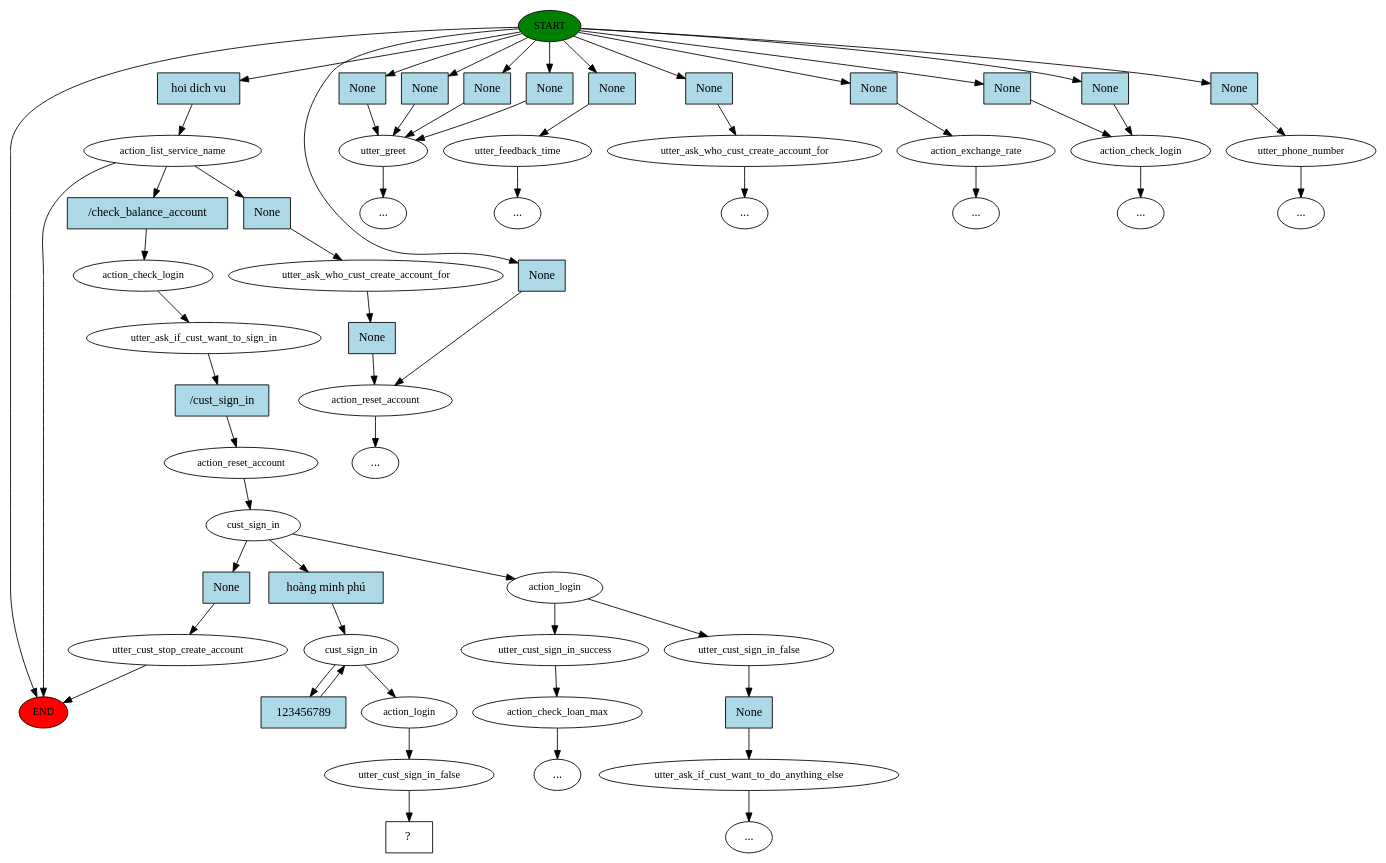
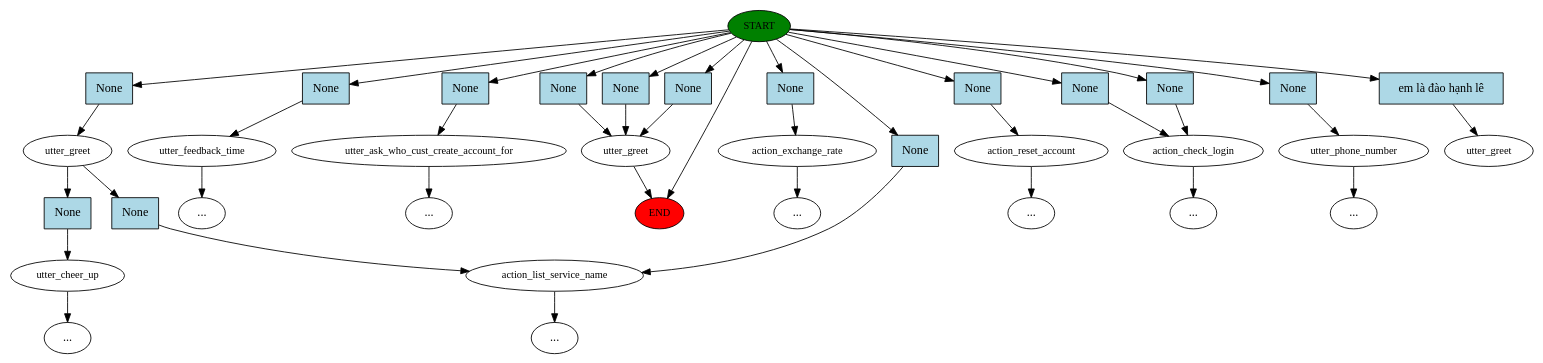
The diagram in story_graph.dot (thangld2703/rasachatbot), drawn with Graphviz before and after one commit. The commit also changed 24 other files, not shown here.

```diff
--- a/story_graph.dot
+++ b/story_graph.dot
@@ -1,117 +1,78 @@
 digraph  {
 0 [class="start active", fillcolor=green, fontsize=12, label=START, style=filled];
 "-1" [class=end, fillcolor=red, fontsize=12, label=END, style=filled];
 1 [class="", fontsize=12, label=utter_greet];
-3 [class="", fontsize=12, label=utter_feedback_time];
+2 [class="", fontsize=12, label=utter_cheer_up];
+"-4" [class=ellipsis, label="..."];
+5 [class="", fontsize=12, label=utter_feedback_time];
 "-5" [class=ellipsis, label="..."];
-4 [class="", fontsize=12, label=utter_ask_who_cust_create_account_for];
-10 [class="", fontsize=12, label=action_exchange_rate];
-11 [class=active, fontsize=12, label=action_list_service_name];
-"-13" [class=ellipsis, label="..."];
-"-16" [class=ellipsis, label="..."];
-16 [class="", fontsize=12, label=action_reset_account];
-18 [class="", fontsize=12, label=action_check_login];
-"-29" [class=ellipsis, label="..."];
-30 [class=active, fontsize=12, label=action_check_login];
-31 [class=active, fontsize=12, label=utter_ask_if_cust_want_to_sign_in];
-32 [class=active, fontsize=12, label=action_reset_account];
-33 [class=active, fontsize=12, label=cust_sign_in];
-34 [class="", fontsize=12, label=action_login];
-35 [class="", fontsize=12, label=utter_cust_sign_in_success];
-36 [class="", fontsize=12, label=action_check_loan_max];
+6 [class="", fontsize=12, label=utter_ask_who_cust_create_account_for];
+12 [class="", fontsize=12, label=action_exchange_rate];
+13 [class="", fontsize=12, label=action_list_service_name];
+"-14" [class=ellipsis, label="..."];
+"-17" [class=ellipsis, label="..."];
+18 [class="", fontsize=12, label=action_reset_account];
+"-19" [class=ellipsis, label="..."];
+20 [class="", fontsize=12, label=action_check_login];
 "-30" [class=ellipsis, label="..."];
-45 [class="", fontsize=12, label=utter_cust_sign_in_false];
-46 [class="", fontsize=12, label=utter_ask_if_cust_want_to_do_anything_else];
-"-33" [class=ellipsis, label="..."];
-"-34" [class=ellipsis, label="..."];
-53 [class="", fontsize=12, label=utter_cust_stop_create_account];
-55 [class="", fontsize=12, label=utter_ask_who_cust_create_account_for];
+32 [class="", fontsize=12, label=utter_greet];
+38 [class="", fontsize=12, label=utter_phone_number];
 "-35" [class=ellipsis, label="..."];
-57 [class="", fontsize=12, label=utter_phone_number];
 "-36" [class=ellipsis, label="..."];
-64 [class=active, fontsize=12, label=cust_sign_in];
-68 [class=active, fontsize=12, label=action_login];
-69 [class=active, fontsize=12, label=utter_cust_sign_in_false];
-70 [class="intent dashed active", label="  ?  ", shape=rect];
-71 [class=intent, fillcolor=lightblue, label=None, shape=rect, style=filled];
-72 [class=intent, fillcolor=lightblue, label=None, shape=rect, style=filled];
-73 [class=intent, fillcolor=lightblue, label=None, shape=rect, style=filled];
-74 [class=intent, fillcolor=lightblue, label=None, shape=rect, style=filled];
-75 [class=intent, fillcolor=lightblue, label=None, shape=rect, style=filled];
-76 [class=intent, fillcolor=lightblue, label=None, shape=rect, style=filled];
-77 [class=intent, fillcolor=lightblue, label=None, shape=rect, style=filled];
-78 [class="intent active", fillcolor=lightblue, label="hoi dich vu", shape=rect, style=filled];
-79 [class=intent, fillcolor=lightblue, label=None, shape=rect, style=filled];
-80 [class=intent, fillcolor=lightblue, label=None, shape=rect, style=filled];
-81 [class=intent, fillcolor=lightblue, label=None, shape=rect, style=filled];
-82 [class=intent, fillcolor=lightblue, label=None, shape=rect, style=filled];
-83 [class="intent active", fillcolor=lightblue, label="/check_balance_account", shape=rect, style=filled];
-84 [class=intent, fillcolor=lightblue, label=None, shape=rect, style=filled];
-85 [class="intent active", fillcolor=lightblue, label="/cust_sign_in", shape=rect, style=filled];
-86 [class=intent, fillcolor=lightblue, label=None, shape=rect, style=filled];
-87 [class="intent active", fillcolor=lightblue, label="hoàng minh phú", shape=rect, style=filled];
-88 [class=intent, fillcolor=lightblue, label=None, shape=rect, style=filled];
-89 [class=intent, fillcolor=lightblue, label=None, shape=rect, style=filled];
-90 [class="intent active", fillcolor=lightblue, label=123456789, shape=rect, style=filled];
+41 [class="dashed active", fontsize=12, label=utter_greet];
+42 [class=intent, fillcolor=lightblue, label=None, shape=rect, style=filled];
+43 [class=intent, fillcolor=lightblue, label=None, shape=rect, style=filled];
+44 [class=intent, fillcolor=lightblue, label=None, shape=rect, style=filled];
+45 [class=intent, fillcolor=lightblue, label=None, shape=rect, style=filled];
+46 [class=intent, fillcolor=lightblue, label=None, shape=rect, style=filled];
+47 [class=intent, fillcolor=lightblue, label=None, shape=rect, style=filled];
+48 [class=intent, fillcolor=lightblue, label=None, shape=rect, style=filled];
+49 [class=intent, fillcolor=lightblue, label=None, shape=rect, style=filled];
+50 [class=intent, fillcolor=lightblue, label=None, shape=rect, style=filled];
+51 [class=intent, fillcolor=lightblue, label=None, shape=rect, style=filled];
+52 [class=intent, fillcolor=lightblue, label=None, shape=rect, style=filled];
+53 [class=intent, fillcolor=lightblue, label=None, shape=rect, style=filled];
+54 [class="intent active", fillcolor=lightblue, label="em là đào hạnh lê", shape=rect, style=filled];
+55 [class=intent, fillcolor=lightblue, label=None, shape=rect, style=filled];
+56 [class=intent, fillcolor=lightblue, label=None, shape=rect, style=filled];
 0 -> "-1"  [class="", key=NONE, label=""];
-0 -> 71  [class="", key=0];
-0 -> 72  [class="", key=0];
-0 -> 73  [class="", key=0];
-0 -> 74  [class="", key=0];
-0 -> 75  [class="", key=0];
-0 -> 76  [class="", key=0];
-0 -> 77  [class="", key=0];
-0 -> 78  [class=active, key=0];
-0 -> 79  [class="", key=0];
-0 -> 80  [class="", key=0];
-0 -> 81  [class="", key=0];
-0 -> 82  [class="", key=0];
-1 -> "-34"  [class="", key=NONE, label=""];
-3 -> "-5"  [class="", key=NONE, label=""];
-4 -> "-16"  [class="", key=NONE, label=""];
-10 -> "-13"  [class="", key=NONE, label=""];
-11 -> "-1"  [class="", key=NONE, label=""];
-11 -> 83  [class=active, key=0];
-11 -> 84  [class="", key=0];
-16 -> "-35"  [class="", key=NONE, label=""];
-18 -> "-29"  [class="", key=NONE, label=""];
-30 -> 31  [class=active, key=NONE, label=""];
-31 -> 85  [class=active, key=0];
-32 -> 33  [class=active, key=NONE, label=""];
-33 -> 34  [class="", key=NONE, label=""];
-33 -> 86  [class="", key=0];
-33 -> 87  [class=active, key=0];
-34 -> 35  [class="", key=NONE, label=""];
-34 -> 45  [class="", key=NONE, label=""];
-35 -> 36  [class="", key=NONE, label=""];
-36 -> "-30"  [class="", key=NONE, label=""];
-45 -> 88  [class="", key=0];
-46 -> "-33"  [class="", key=NONE, label=""];
-53 -> "-1"  [class="", key=NONE, label=""];
-55 -> 89  [class="", key=0];
-57 -> "-36"  [class="", key=NONE, label=""];
-64 -> 68  [class=active, key=NONE, label=""];
-64 -> 90  [class=active, key=0];
-68 -> 69  [class=active, key=NONE, label=""];
-69 -> 70  [class=active, key=NONE, label=""];
-71 -> 1  [class="", key=0];
-72 -> 1  [class="", key=0];
-73 -> 1  [class="", key=0];
-74 -> 1  [class="", key=0];
-75 -> 3  [class="", key=0];
-76 -> 4  [class="", key=0];
-77 -> 10  [class="", key=0];
-78 -> 11  [class=active, key=0];
-79 -> 16  [class="", key=0];
-80 -> 18  [class="", key=0];
-81 -> 18  [class="", key=0];
-82 -> 57  [class="", key=0];
-83 -> 30  [class=active, key=0];
-84 -> 55  [class="", key=0];
-85 -> 32  [class=active, key=0];
-86 -> 53  [class="", key=0];
-87 -> 64  [class=active, key=0];
-88 -> 46  [class="", key=0];
-89 -> 16  [class="", key=0];
-90 -> 64  [class=active, key=0];
+0 -> 42  [class="", key=0];
+0 -> 43  [class="", key=0];
+0 -> 44  [class="", key=0];
+0 -> 45  [class="", key=0];
+0 -> 46  [class="", key=0];
+0 -> 47  [class="", key=0];
+0 -> 48  [class="", key=0];
+0 -> 49  [class="", key=0];
+0 -> 50  [class="", key=0];
+0 -> 51  [class="", key=0];
+0 -> 52  [class="", key=0];
+0 -> 53  [class="", key=0];
+0 -> 54  [class=active, key=0];
+1 -> 55  [class="", key=0];
+1 -> 56  [class="", key=0];
+2 -> "-4"  [class="", key=NONE, label=""];
+5 -> "-5"  [class="", key=NONE, label=""];
+6 -> "-17"  [class="", key=NONE, label=""];
+12 -> "-14"  [class="", key=NONE, label=""];
+13 -> "-36"  [class="", key=NONE, label=""];
+18 -> "-19"  [class="", key=NONE, label=""];
+20 -> "-30"  [class="", key=NONE, label=""];
+32 -> "-1"  [class="", key=NONE, label=""];
+38 -> "-35"  [class="", key=NONE, label=""];
+42 -> 1  [class="", key=0];
+43 -> 5  [class="", key=0];
+44 -> 6  [class="", key=0];
+45 -> 12  [class="", key=0];
+46 -> 13  [class="", key=0];
+47 -> 18  [class="", key=0];
+48 -> 20  [class="", key=0];
+49 -> 20  [class="", key=0];
+50 -> 32  [class="", key=0];
+51 -> 32  [class="", key=0];
+52 -> 32  [class="", key=0];
+53 -> 38  [class="", key=0];
+54 -> 41  [class=active, key=0];
+55 -> 2  [class="", key=0];
+56 -> 13  [class="", key=0];
 }
```
